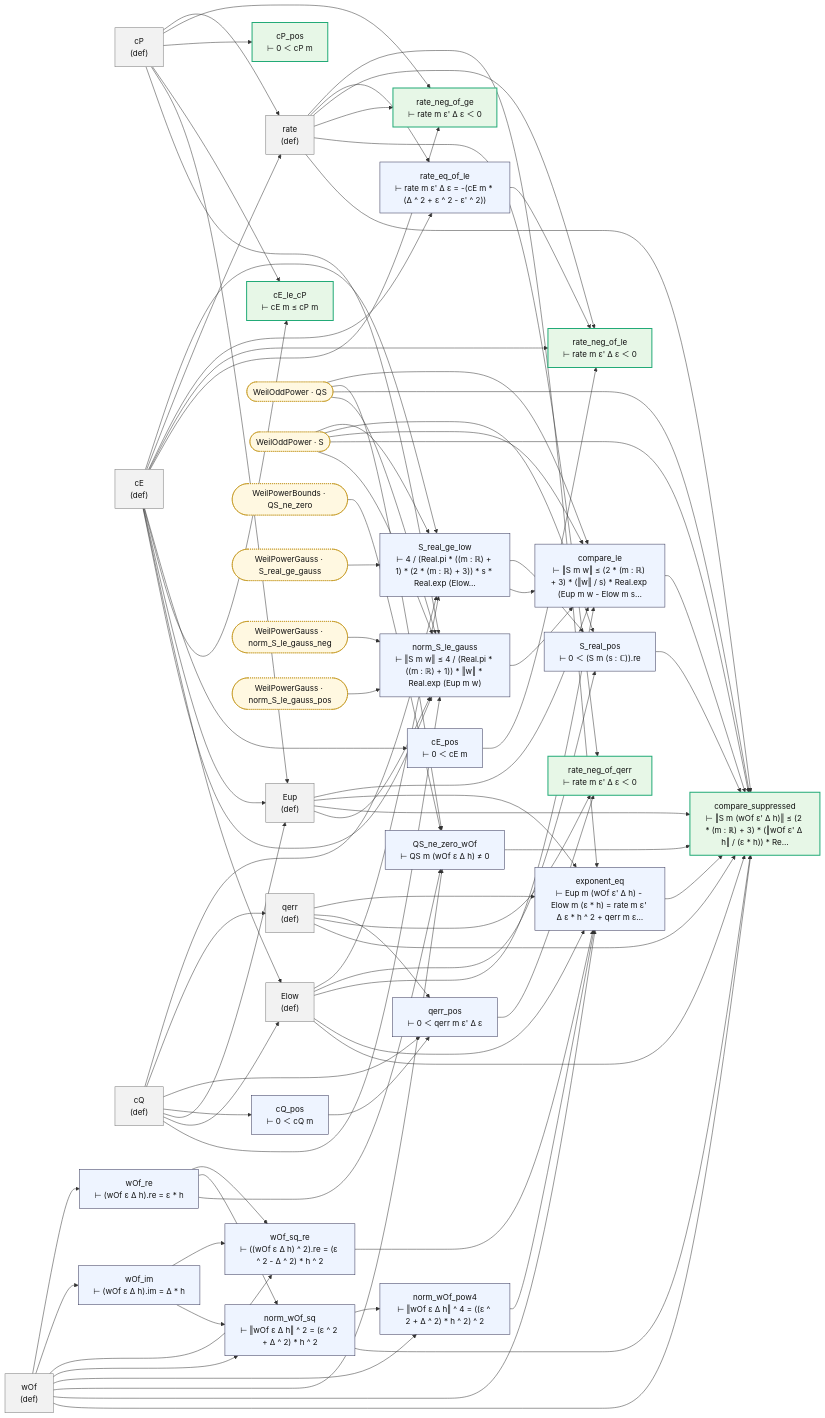
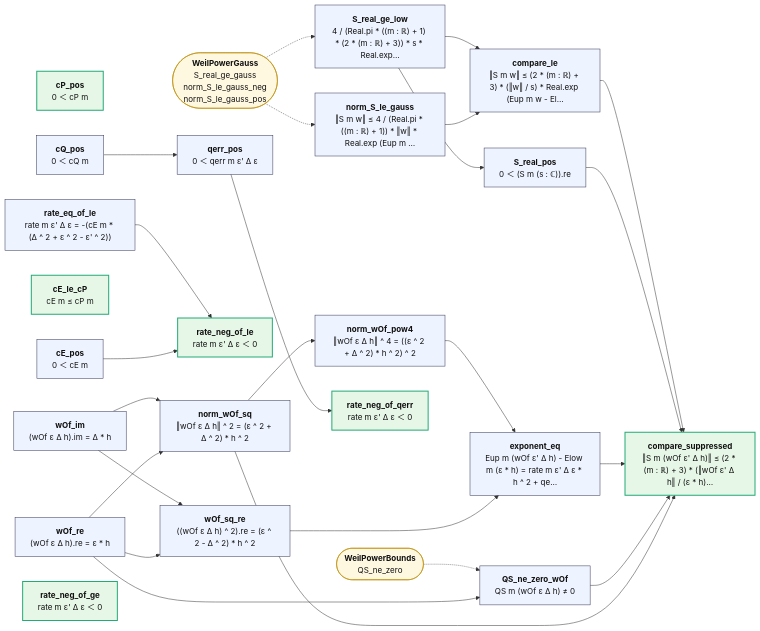
The diagram in map/lean_stage3/WeilPowerCompare.md (juliansambranojr/Primebeat_081426), drawn with Mermaid before and after one commit. The commit also changed other lines of this file and 387 other files, not shown here.

````diff
--- a/map/lean_stage3/WeilPowerCompare.md
+++ b/map/lean_stage3/WeilPowerCompare.md
@@ -8,127 +12,54 @@
 ```mermaid
 flowchart LR
-  n0["cP<br/>(def)"]:::dfn
-  n1["cE<br/>(def)"]:::dfn
-  n2["cQ<br/>(def)"]:::dfn
-  n3["cP_pos<br/>⊢ 0 ＜ cP m"]:::end_
-  n4["cE_pos<br/>⊢ 0 ＜ cE m"]:::thm
-  n5["cQ_pos<br/>⊢ 0 ＜ cQ m"]:::thm
-  n6["cE_le_cP<br/>⊢ cE m ≤ cP m"]:::end_
-  n7["Eup<br/>(def)"]:::dfn
-  n8["Elow<br/>(def)"]:::dfn
-  n9["norm_S_le_gauss<br/>⊢ ‖S m w‖ ≤ 4 / (Real.pi * ((m : ℝ) + 1)) * ‖w‖ * Real.exp (Eup m w)"]:::thm
-  n10["S_real_ge_low<br/>⊢ 4 / (Real.pi * ((m : ℝ) + 1) * (2 * (m : ℝ) + 3)) * s * Real.exp (Elow…"]:::thm
-  n11["S_real_pos<br/>⊢ 0 ＜ (S m (s : ℂ)).re"]:::thm
-  n12["compare_le<br/>⊢ ‖S m w‖ ≤ (2 * (m : ℝ) + 3) * (‖w‖ / s) * Real.exp (Eup m w - Elow m s…"]:::thm
-  n13["wOf<br/>(def)"]:::dfn
-  n14["wOf_re<br/>⊢ (wOf ε Δ h).re = ε * h"]:::thm
-  n15["wOf_im<br/>⊢ (wOf ε Δ h).im = Δ * h"]:::thm
-  n16["wOf_sq_re<br/>⊢ ((wOf ε Δ h) ^ 2).re = (ε ^ 2 - Δ ^ 2) * h ^ 2"]:::thm
-  n17["norm_wOf_sq<br/>⊢ ‖wOf ε Δ h‖ ^ 2 = (ε ^ 2 + Δ ^ 2) * h ^ 2"]:::thm
-  n18["norm_wOf_pow4<br/>⊢ ‖wOf ε Δ h‖ ^ 4 = ((ε ^ 2 + Δ ^ 2) * h ^ 2) ^ 2"]:::thm
-  n19["QS_ne_zero_wOf<br/>⊢ QS m (wOf ε Δ h) ≠ 0"]:::thm
-  n20["rate<br/>(def)"]:::dfn
-  n21["qerr<br/>(def)"]:::dfn
-  n22["exponent_eq<br/>⊢ Eup m (wOf ε' Δ h) - Elow m (ε * h) = rate m ε' Δ ε * h ^ 2 + qerr m ε…"]:::thm
-  n23["rate_eq_of_le<br/>⊢ rate m ε' Δ ε = -(cE m * (Δ ^ 2 + ε ^ 2 - ε' ^ 2))"]:::thm
-  n24["rate_neg_of_le<br/>⊢ rate m ε' Δ ε ＜ 0"]:::end_
-  n25["rate_neg_of_ge<br/>⊢ rate m ε' Δ ε ＜ 0"]:::end_
-  n26["qerr_pos<br/>⊢ 0 ＜ qerr m ε' Δ ε"]:::thm
-  n27["rate_neg_of_qerr<br/>⊢ rate m ε' Δ ε ＜ 0"]:::end_
-  n28["compare_suppressed<br/>⊢ ‖S m (wOf ε' Δ h)‖ ≤ (2 * (m : ℝ) + 3) * (‖wOf ε' Δ h‖ / (ε * h)) * Re…"]:::end_
-  x0(["WeilOddPower · QS"]):::ext
-  x1(["WeilOddPower · S"]):::ext
-  x2(["WeilPowerBounds · QS_ne_zero"]):::ext
-  x3(["WeilPowerGauss · S_real_ge_gauss"]):::ext
-  x4(["WeilPowerGauss · norm_S_le_gauss_neg"]):::ext
-  x5(["WeilPowerGauss · norm_S_le_gauss_pos"]):::ext
-  n0 --> n20
-  n0 --> n25
-  n0 --> n3
-  n0 --> n6
-  n0 --> n7
-  n0 --> n9
-  n1 --> n10
-  n1 --> n20
-  n1 --> n23
-  n1 --> n24
-  n1 --> n25
-  n1 --> n4
-  n1 --> n6
-  n1 --> n7
-  n1 --> n8
-  n1 --> n9
-  n10 --> n11
-  n10 --> n12
-  n11 --> n28
-  n12 --> n28
-  n13 --> n14
-  n13 --> n15
-  n13 --> n16
-  n13 --> n17
-  n13 --> n18
-  n13 --> n19
-  n13 --> n22
-  n13 --> n28
-  n14 --> n16
-  n14 --> n17
-  n14 --> n19
+  n0["<b>cP_pos</b><br/>0 ＜ cP m"]:::end_
+  n1["<b>cE_pos</b><br/>0 ＜ cE m"]:::thm
+  n2["<b>cQ_pos</b><br/>0 ＜ cQ m"]:::thm
+  n3["<b>cE_le_cP</b><br/>cE m ≤ cP m"]:::end_
+  n4["<b>norm_S_le_gauss</b><br/>‖S m w‖ ≤ 4 / (Real.pi * ((m : ℝ) + 1)) * ‖w‖ * Real.exp (Eup m …"]:::thm
+  n5["<b>S_real_ge_low</b><br/>4 / (Real.pi * ((m : ℝ) + 1) * (2 * (m : ℝ) + 3)) * s * Real.exp…"]:::thm
+  n6["<b>S_real_pos</b><br/>0 ＜ (S m (s : ℂ)).re"]:::thm
+  n7["<b>compare_le</b><br/>‖S m w‖ ≤ (2 * (m : ℝ) + 3) * (‖w‖ / s) * Real.exp (Eup m w - El…"]:::thm
+  n8["<b>wOf_re</b><br/>(wOf ε Δ h).re = ε * h"]:::thm
+  n9["<b>wOf_im</b><br/>(wOf ε Δ h).im = Δ * h"]:::thm
+  n10["<b>wOf_sq_re</b><br/>((wOf ε Δ h) ^ 2).re = (ε ^ 2 - Δ ^ 2) * h ^ 2"]:::thm
+  n11["<b>norm_wOf_sq</b><br/>‖wOf ε Δ h‖ ^ 2 = (ε ^ 2 + Δ ^ 2) * h ^ 2"]:::thm
+  n12["<b>norm_wOf_pow4</b><br/>‖wOf ε Δ h‖ ^ 4 = ((ε ^ 2 + Δ ^ 2) * h ^ 2) ^ 2"]:::thm
+  n13["<b>QS_ne_zero_wOf</b><br/>QS m (wOf ε Δ h) ≠ 0"]:::thm
+  n14["<b>exponent_eq</b><br/>Eup m (wOf ε' Δ h) - Elow m (ε * h) = rate m ε' Δ ε * h ^ 2 + qe…"]:::thm
+  n15["<b>rate_eq_of_le</b><br/>rate m ε' Δ ε = -(cE m * (Δ ^ 2 + ε ^ 2 - ε' ^ 2))"]:::thm
+  n16["<b>rate_neg_of_le</b><br/>rate m ε' Δ ε ＜ 0"]:::end_
+  n17["<b>rate_neg_of_ge</b><br/>rate m ε' Δ ε ＜ 0"]:::end_
+  n18["<b>qerr_pos</b><br/>0 ＜ qerr m ε' Δ ε"]:::thm
+  n19["<b>rate_neg_of_qerr</b><br/>rate m ε' Δ ε ＜ 0"]:::end_
+  n20["<b>compare_suppressed</b><br/>‖S m (wOf ε' Δ h)‖ ≤ (2 * (m : ℝ) + 3) * (‖wOf ε' Δ h‖ / (ε * h)…"]:::end_
+  x0(["<b>WeilPowerGauss</b><br/>S_real_ge_gauss<br/>norm_S_le_gauss_neg<br/>norm_S_le_gauss_pos"]):::ext
+  x1(["<b>WeilPowerBounds</b><br/>QS_ne_zero"]):::ext
+  n1 --> n16
+  n10 --> n14
+  n11 --> n12
+  n11 --> n20
+  n12 --> n14
+  n13 --> n20
+  n14 --> n20
   n15 --> n16
-  n15 --> n17
-  n16 --> n22
-  n17 --> n18
-  n17 --> n28
-  n18 --> n22
-  n19 --> n28
-  n2 --> n10
-  n2 --> n21
-  n2 --> n26
-  n2 --> n5
-  n2 --> n7
-  n2 --> n8
-  n2 --> n9
-  n20 --> n22
-  n20 --> n23
-  n20 --> n24
-  n20 --> n25
-  n20 --> n27
-  n20 --> n28
-  n21 --> n22
-  n21 --> n26
-  n21 --> n27
-  n21 --> n28
-  n22 --> n28
-  n23 --> n24
-  n26 --> n27
-  n4 --> n24
-  n5 --> n26
-  n7 --> n12
-  n7 --> n22
-  n7 --> n28
-  n7 --> n9
+  n18 --> n19
+  n2 --> n18
+  n4 --> n7
+  n5 --> n6
+  n5 --> n7
+  n6 --> n20
+  n7 --> n20
   n8 --> n10
   n8 --> n11
-  n8 --> n12
-  n8 --> n22
-  n8 --> n28
-  n9 --> n12
-  x0 --> n12
-  x0 --> n19
-  x0 --> n28
-  x0 --> n9
-  x1 --> n10
-  x1 --> n11
-  x1 --> n12
-  x1 --> n28
-  x1 --> n9
-  x2 --> n19
-  x3 --> n10
-  x4 --> n9
-  x5 --> n9
+  n8 --> n13
+  n9 --> n10
+  n9 --> n11
+  x0 -.-> n4
+  x0 -.-> n5
+  x1 -.-> n13
   classDef thm fill:#eef4ff,stroke:#335,color:#111
-  classDef dfn fill:#f2f2f2,stroke:#777,color:#111
   classDef end_ fill:#e7f7e7,stroke:#2a7,color:#111,stroke-width:2px
   classDef lone fill:#fff,stroke:#999,color:#111,stroke-dasharray:4 3
   classDef bad fill:#ffe5e5,stroke:#c22,color:#111,stroke-width:2px
-  classDef ext fill:#fff8e1,stroke:#b80,color:#111,stroke-dasharray:2 2
+  classDef ext fill:#fff8e1,stroke:#b80,color:#111
 ```
````
